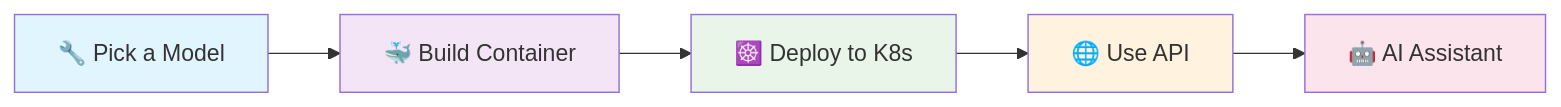
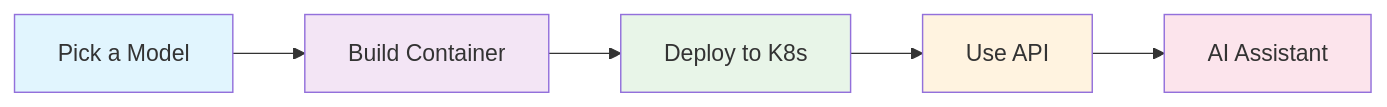
Before and after one commit to kush-gupt/ramalama-k8s: the diagram in README.md, drawn with Mermaid. The commit also changed other lines of this file, not shown here.

````diff
--- a/README.md
+++ b/README.md
@@ -32,13 +32,13 @@
 ```mermaid
 graph LR
-    A[🔧 Pick a Model] --> B[🐳 Build Container]
-    B --> C[☸️ Deploy to K8s]
-    C --> D[🌐 Use API]
-    D --> E[🤖 AI Assistant]
+    A[<rh-icon name="wrench"></rh-icon> Pick a Model] --> B[<rh-icon name="container"></rh-icon> Build Container]
+    B --> C[<rh-icon name="kubernetes"></rh-icon> Deploy to K8s]
+    C --> D[<rh-icon name="globe"></rh-icon> Use API]
+    D --> E[<rh-icon name="robot"></rh-icon> AI Assistant]
     
     style A fill:#e1f5fe
     style B fill:#f3e5f5
     style C fill:#e8f5e8
     style D fill:#fff3e0
     style E fill:#fce4ec
 ```
````
